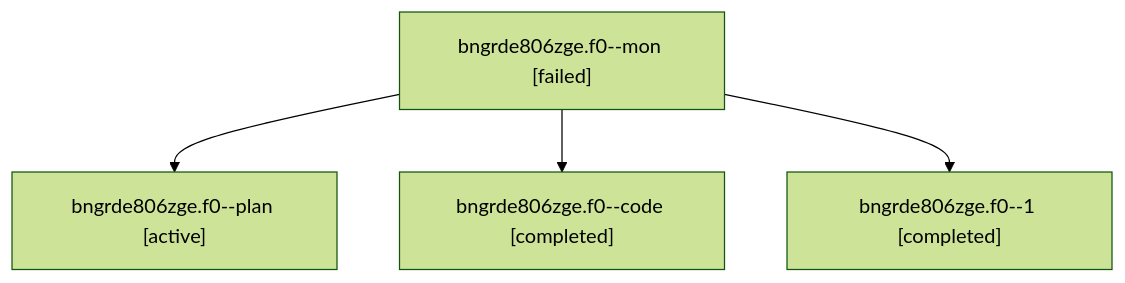
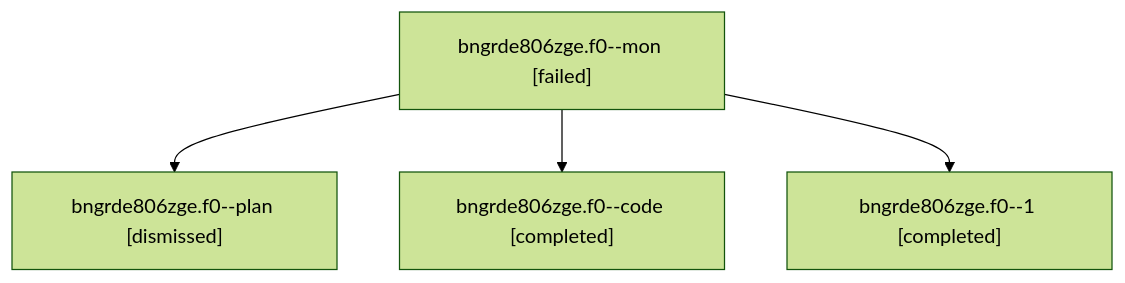
Before and after one commit to sase-org/sase--agents: the diagram in sessions/bbugyi200.athena.bngrde806zge.f0.md, drawn with Mermaid (forest theme). The commit also changed other lines of this file and 5 other files, not shown here.

````diff
--- a/sessions/bbugyi200.athena.bngrde806zge.f0.md
+++ b/sessions/bbugyi200.athena.bngrde806zge.f0.md
@@ -9,10 +9,10 @@
 ```mermaid
 flowchart TD
   n0["bngrde806zge.f0--mon [failed]"]
-  n1["bngrde806zge.f0--plan [active]"]
+  n1["bngrde806zge.f0--plan [dismissed]"]
   n0 --> n1
   n2["bngrde806zge.f0--code [completed]"]
   n0 --> n2
   n3["bngrde806zge.f0--1 [completed]"]
   n0 --> n3
 ```
````
